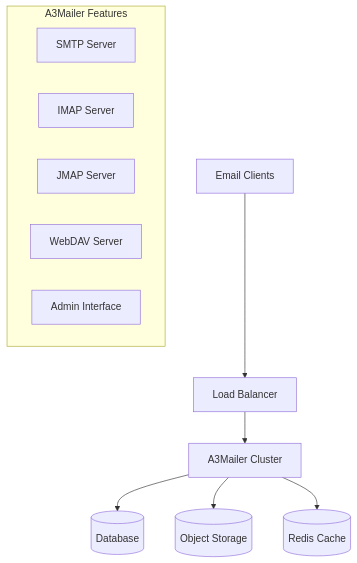
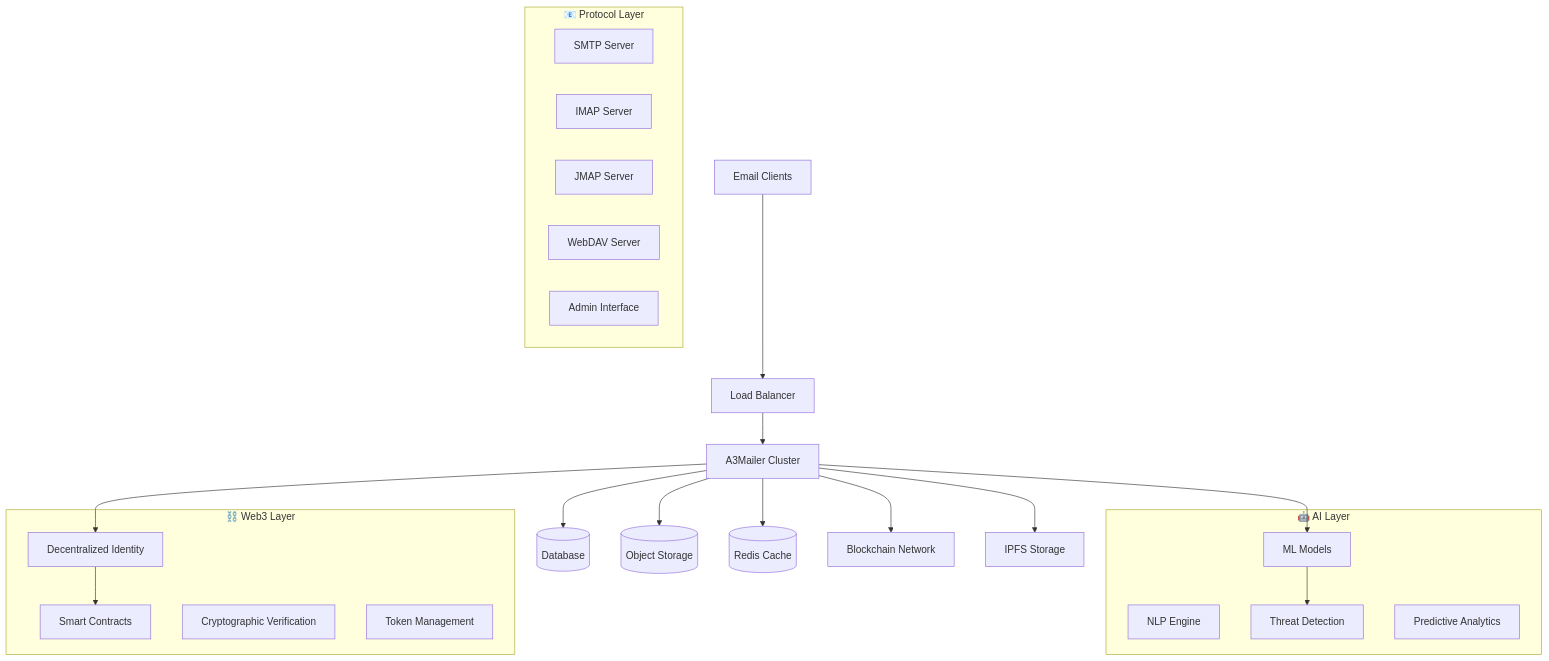
Before and after one commit to arkCyber/A3Mailer: the diagram in README.md, drawn with Mermaid. The commit also changed other lines of this file and 2 other files, not shown here.

First line of the commit message:
feat: Rebrand A3Mailer with AI & Web3 focus

````diff
--- a/README.md
+++ b/README.md
@@ -361,16 +396,37 @@
 ```mermaid
 graph TB
     Client[Email Clients] --> LB[Load Balancer]
     LB --> A3[A3Mailer Cluster]
     A3 --> DB[(Database)]
     A3 --> S3[(Object Storage)]
     A3 --> Cache[(Redis Cache)]
+    A3 --> BC[Blockchain Network]
+    A3 --> IPFS[IPFS Storage]
 
-    subgraph "A3Mailer Features"
+    subgraph "🤖 AI Layer"
+        ML[ML Models]
+        NLP[NLP Engine]
+        Threat[Threat Detection]
+        Analytics[Predictive Analytics]
+    end
+
+    subgraph "⛓️ Web3 Layer"
+        DID[Decentralized Identity]
+        Smart[Smart Contracts]
+        Crypto[Cryptographic Verification]
+        Token[Token Management]
+    end
+
+    subgraph "📧 Protocol Layer"
         SMTP[SMTP Server]
         IMAP[IMAP Server]
         JMAP[JMAP Server]
         WebDAV[WebDAV Server]
         Admin[Admin Interface]
     end
+
+    A3 --> ML
+    A3 --> DID
+    ML --> Threat
+    DID --> Smart
 ```
````
